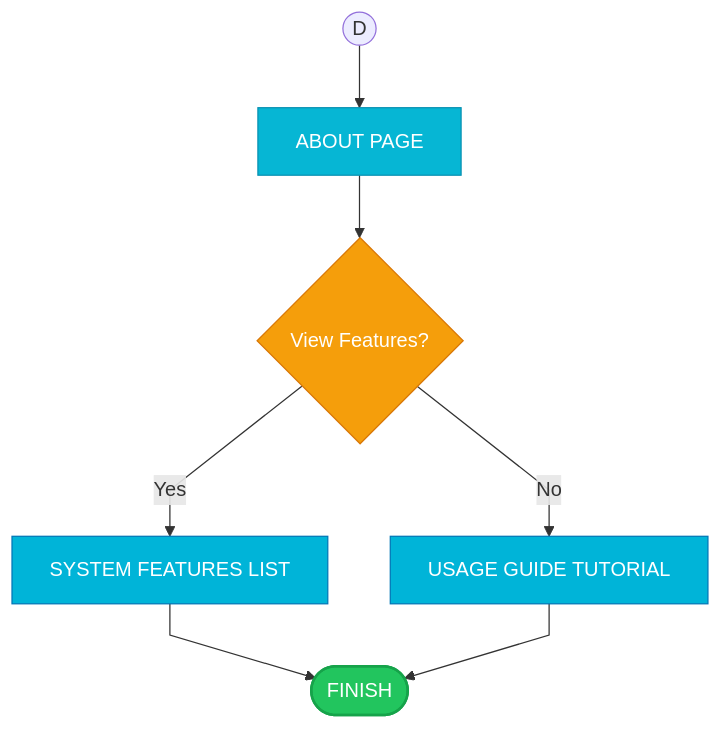
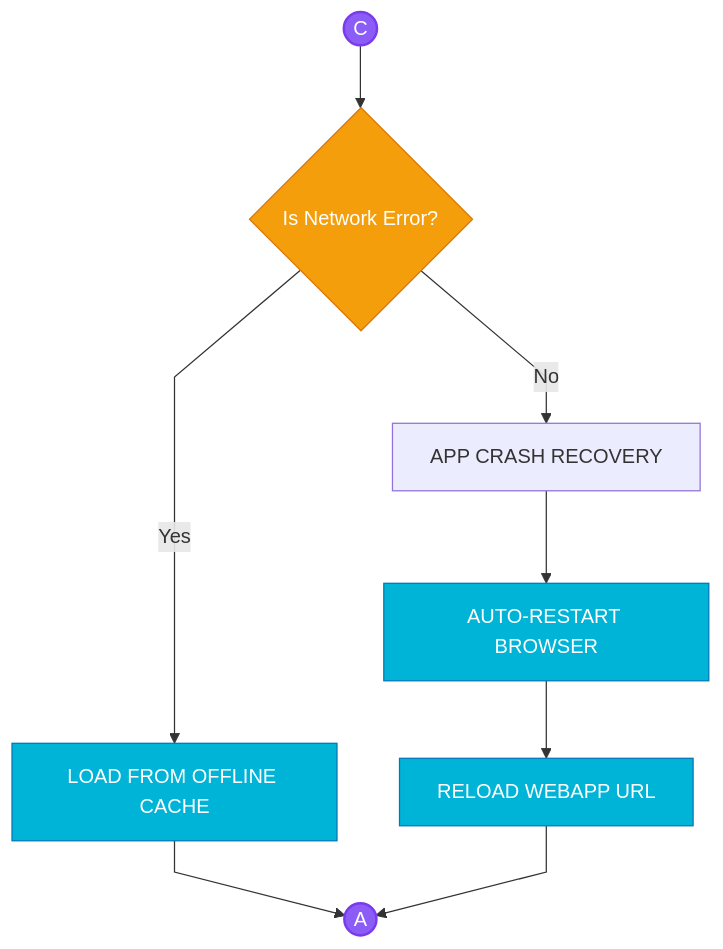
The fifth of 7 diagrams in iCCAT-Academic-Flowcharts-Printable.md (Yui1003/iCCAT), drawn with Mermaid before and after one commit. The commit also changed other lines of this file, not shown here.

First line of the commit message:
Add kiosk startup and operational loop flowcharts to the documentation

````diff
--- a/iCCAT-Academic-Flowcharts-Printable.md
+++ b/iCCAT-Academic-Flowcharts-Printable.md
@@ -149,21 +146,23 @@
 ```mermaid
 %%{init: {'flowchart': {'curve': 'linear', 'nodeSpacing': 50, 'rankSpacing': 50}}}%%
 flowchart TB
     classDef startEnd fill:#22c55e,stroke:#16a34a,color:#fff,stroke-width:2px,rx:20,ry:20
-    classDef display fill:#06b6d4,stroke:#0891b2,color:#fff
     classDef action fill:#00b4d8,stroke:#0077b6,color:#fff
     classDef decision fill:#f59e0b,stroke:#d97706,color:#fff
+    classDef connector fill:#8b5cf6,stroke:#7c3aed,color:#fff,stroke-width:2px
     
-    D((D)) --> ABT[ABOUT PAGE]
-    ABT --> VIEW_FEAT{View Features?}
-    VIEW_FEAT -->|Yes| FEAT[SYSTEM FEATURES LIST]
-    VIEW_FEAT -->|No| GUIDE[USAGE GUIDE TUTORIAL]
+    CONN_C((C)) --> ERR_TYPE{Is Network Error?}
     
-    FEAT --> FINISH([FINISH])
-    GUIDE --> FINISH
+    ERR_TYPE -->|Yes| OFFLINE[LOAD FROM OFFLINE CACHE]
+    ERR_TYPE -->|No| CRASH[APP CRASH RECOVERY]
+    
+    OFFLINE --> CONN_A((A))
+    
+    CRASH --> RESTART[AUTO-RESTART BROWSER]
+    RESTART --> RELOAD[RELOAD WEBAPP URL]
+    RELOAD --> CONN_A
 
-    class FINISH startEnd
-    class ABT display
-    class FEAT,GUIDE action
-    class VIEW_FEAT decision
+    class OFFLINE,RESTART,RELOAD action
+    class ERR_TYPE decision
+    class CONN_A,CONN_C connector
 ```
````
